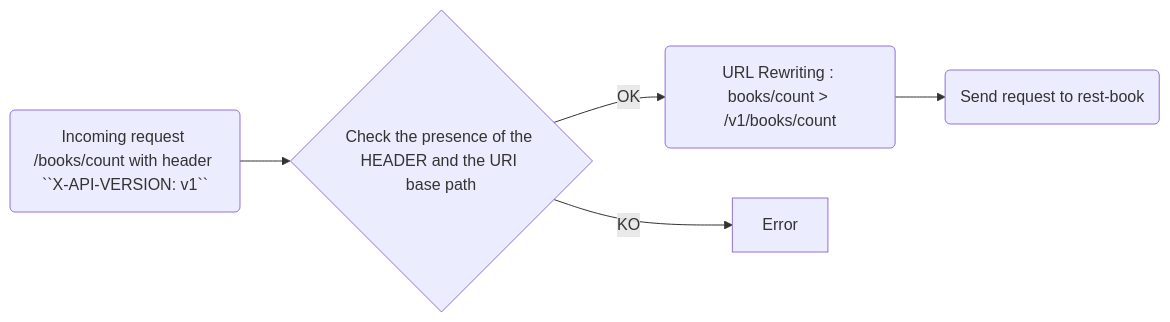
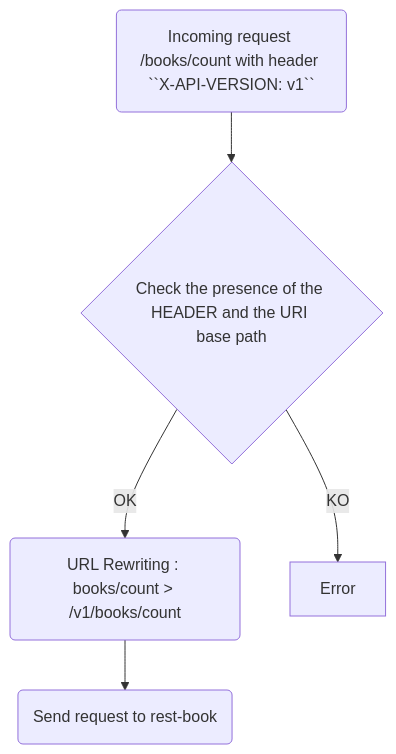
One commit to alexandre-touret/rest-apis-versioning-solution-old changed the diagram in docs/02-first_version.md. Above: the diagram before and after it, drawn with Mermaid. The commit also changed other lines of this file, not shown here.

````diff
--- a/docs/02-first_version.md
+++ b/docs/02-first_version.md
@@ -268,8 +286,8 @@
 ```mermaid
-flowchart LR
+flowchart TD
     A(Incoming request /books/count with header ``X-API-VERSION: v1``) --> B{Check the presence of the HEADER and the URI base path}
     B -->|OK| C(URL Rewriting : books/count > /v1/books/count )
     B -->|KO| D[Error]
     C -->E(Send request to rest-book)
 
 ```
````
